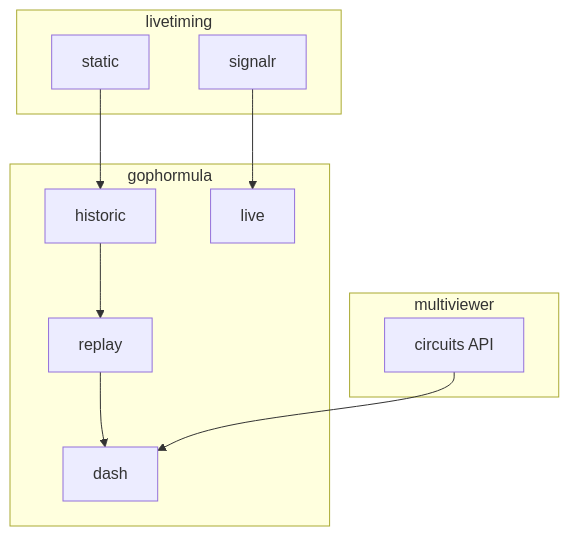
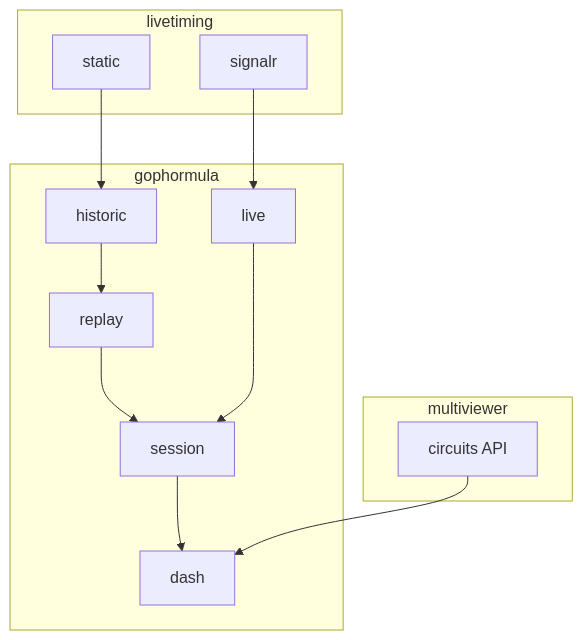
One commit to TheQueenIsDead/gophormula changed the diagram in README.md. Above: the diagram before and after it, drawn with Mermaid. The commit also changed 5 other files, not shown here.

````diff
--- a/README.md
+++ b/README.md
@@ -60,23 +60,26 @@
 ```mermaid
 graph TD
     subgraph livetiming
         static
         signalr
     end
 
     subgraph multiviewer
         circuits["circuits API"]
     end
 
     subgraph gophormula
         historic
         replay
         live
+        session
         dash
     end
 
     signalr --> live
     static --> historic --> replay
-    replay --> dash
+    replay --> session
+    live --> session
+    session --> dash
     circuits --> dash
 ```
````
